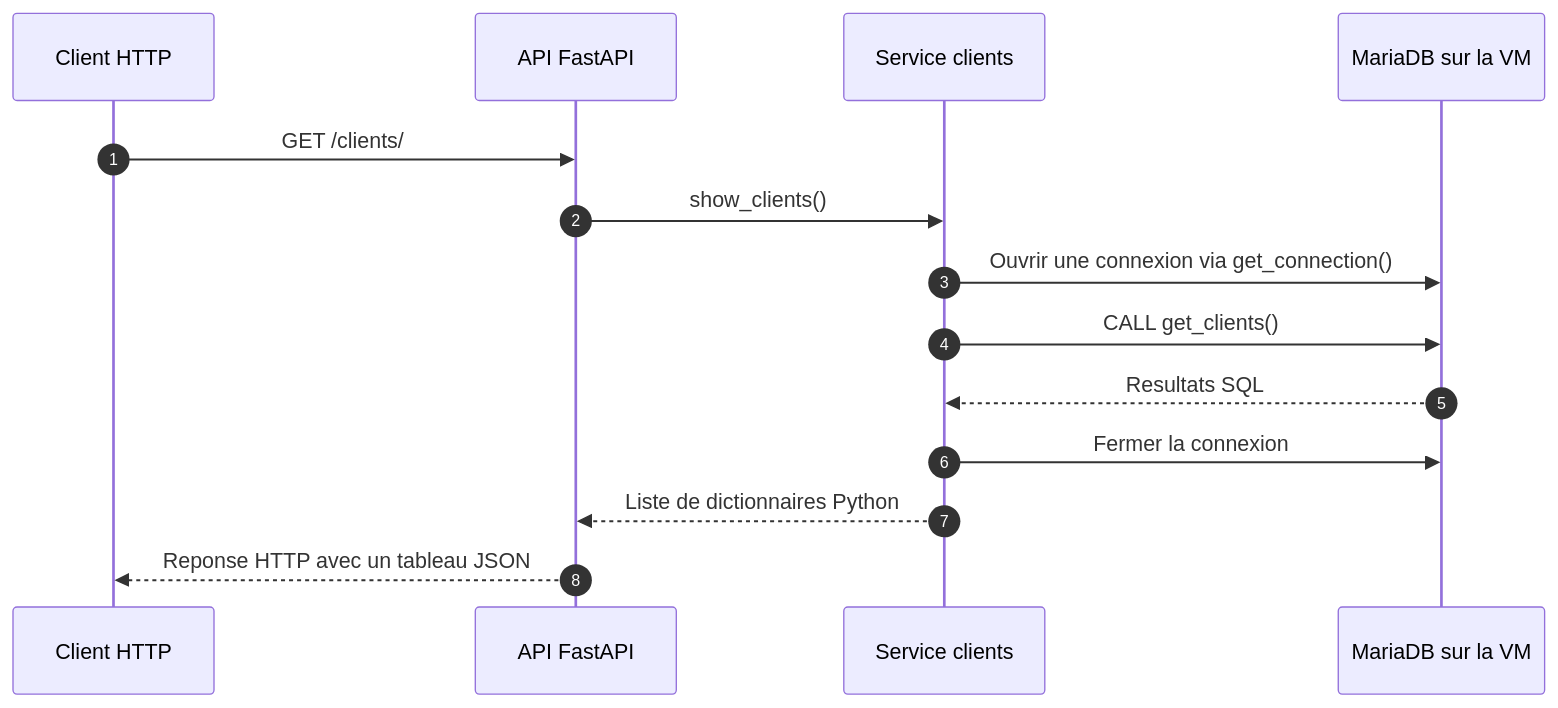
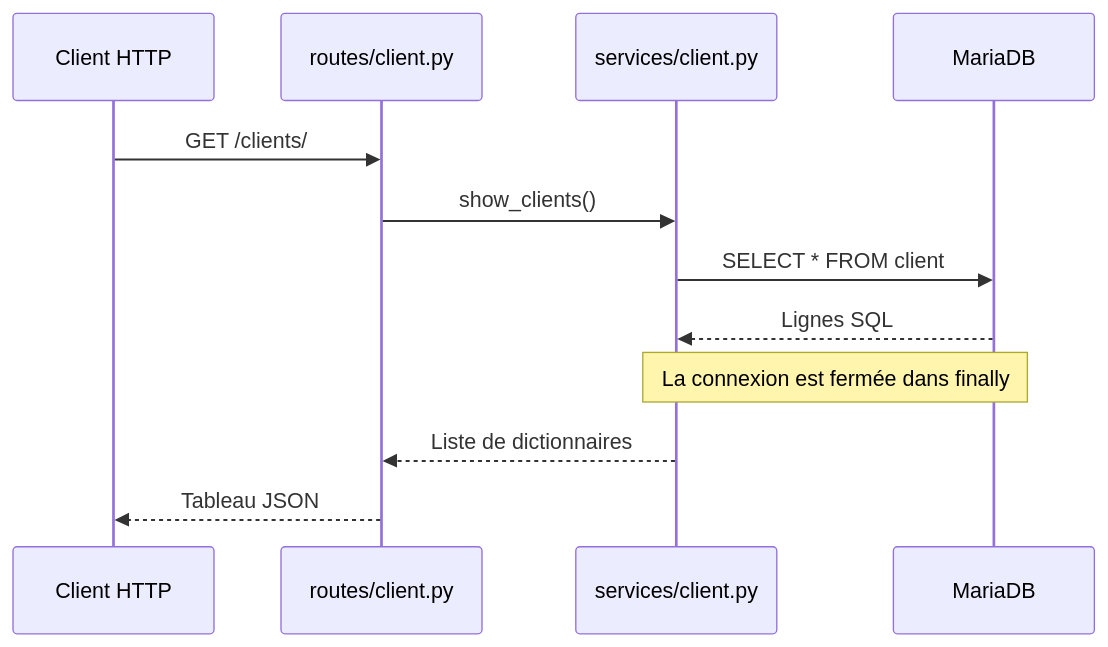
Before and after one commit to Infinitium4/DEV-APP-METIER: the diagram in README.md, drawn with Mermaid. The commit also changed other lines of this file and 7 other files, not shown here.

````diff
--- a/README.md
+++ b/README.md
@@ -24,17 +67,14 @@
 ```mermaid
 sequenceDiagram
-    autonumber
-    participant Client as Client HTTP
-    participant API as API FastAPI
-    participant Service as Service clients
-    participant BDD as MariaDB sur la VM
-
-    Client->>API: GET /clients/
-    API->>Service: show_clients()
-    Service->>BDD: Ouvrir une connexion via get_connection()
-    Service->>BDD: CALL get_clients()
-    BDD-->>Service: Resultats SQL
-    Service->>BDD: Fermer la connexion
-    Service-->>API: Liste de dictionnaires Python
-    API-->>Client: Reponse HTTP avec un tableau JSON
+    participant HTTP as Client HTTP
+    participant Route as routes/client.py
+    participant Service as services/client.py
+    participant BDD as MariaDB
+    HTTP->>Route: GET /clients/
+    Route->>Service: show_clients()
+    Service->>BDD: SELECT * FROM client
+    BDD-->>Service: Lignes SQL
+    Note over Service,BDD: La connexion est fermée dans finally
+    Service-->>Route: Liste de dictionnaires
+    Route-->>HTTP: Tableau JSON
 ```
````
